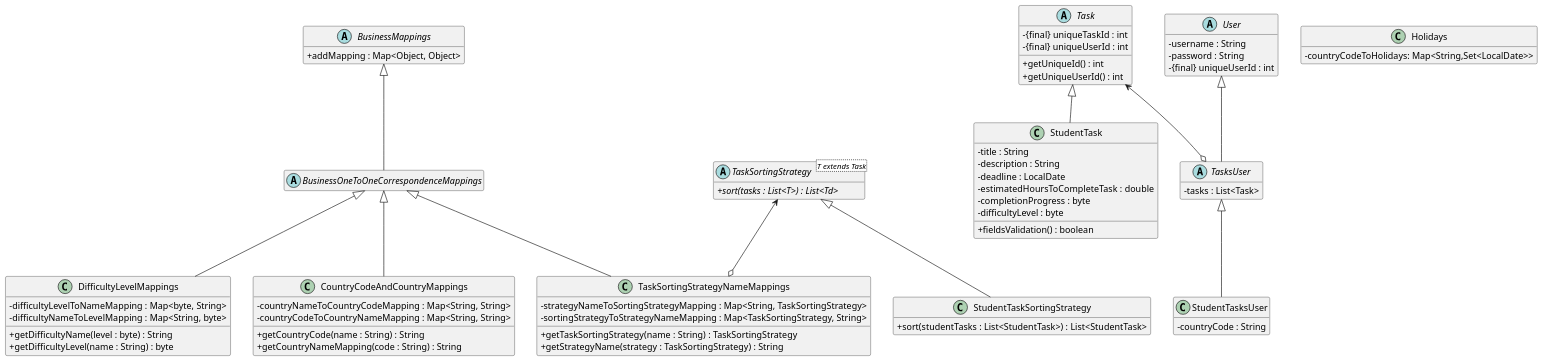
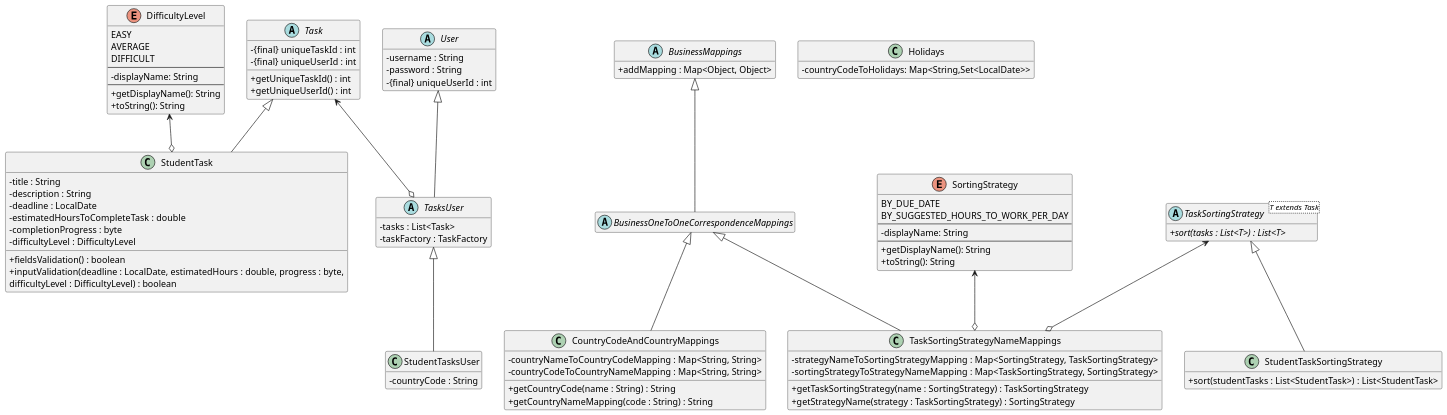
The first of 2 diagrams in Entities.puml (CSC207-2025F-UofT/team-project), drawn with PlantUML before and after one commit. The commit also changed other lines of this file and 2 other files, not shown here.

Commit message:
add enumerations and improve entities PlantUML file

```diff
--- a/Entities.puml
+++ b/Entities.puml
@@ -1,114 +1,143 @@
 @startuml
 'https://plantuml.com/class-diagram
 ' `..|>` represents Interface Realization/Implementation (dashed line with an open arrow).
 ' `--|>` represents Inheritance/Generalization (solid line with an open arrow).
 ' `o-->` represents Aggregation (a hollow diamond pointing to the owner/container). The "\*" indicates multiplicity (e.g., Drawing holds multiple Shape objects).
 skinparam dpi 120
 skinparam classAttributeIconSize 0
 hide empty members
 
 ' ========
 ' Foundational entities
 ' ========
+
+' The enumeration here must be properly ordered
+enum DifficultyLevel {
+  EASY
+  AVERAGE
+  DIFFICULT
+  --
+  -displayName: String
+  --
+  +getDisplayName(): String
+  +toString(): String
+}
+
+enum SortingStrategy {
+  BY_DUE_DATE
+  BY_SUGGESTED_HOURS_TO_WORK_PER_DAY
+  --
+  -displayName: String
+  --
+  +getDisplayName(): String
+  +toString(): String
+}
+
 abstract class BusinessMappings {
   + addMapping : Map<Object, Object>
 }
 
 ' Maps with keys and values being both one-to-one and onto
 abstract class BusinessOneToOneCorrespondenceMappings
-
-' 1 - Easy, 2 - Average, 3 - Difficult
-class DifficultyLevelMappings {
-  - difficultyLevelToNameMapping : Map<byte, String>
-  - difficultyNameToLevelMapping : Map<String, byte>
-  + getDifficultyName(level : byte) : String
-  + getDifficultyLevel(name : String) : byte
-}
 
 ' CA - Canada, US - USA, ET - Ethiopia, IN - India, FR - France, GH - Ghana
 class CountryCodeAndCountryMappings {
   - countryNameToCountryCodeMapping : Map<String, String>
   - countryCodeToCountryNameMapping : Map<String, String>
   + getCountryCode(name : String) : String
   + getCountryNameMapping(code : String) : String
 }
 
 class TaskSortingStrategyNameMappings {
- - strategyNameToSortingStrategyMapping : Map<String, TaskSortingStrategy>
- - sortingStrategyToStrategyNameMapping : Map<TaskSortingStrategy, String>
- + getTaskSortingStrategy(name : String) : TaskSortingStrategy
- + getStrategyName(strategy : TaskSortingStrategy) : String
+ - strategyNameToSortingStrategyMapping : Map<SortingStrategy, TaskSortingStrategy>
+ - sortingStrategyToStrategyNameMapping : Map<TaskSortingStrategy, SortingStrategy>
+ + getTaskSortingStrategy(name : SortingStrategy) : TaskSortingStrategy
+ + getStrategyName(strategy : TaskSortingStrategy) : SortingStrategy
 }
 
 ' The uniqueId is only unique per user
 ' The uniqueUserId reflects the user that owns the task
 abstract class Task {
   - {final} uniqueTaskId : int
   - {final} uniqueUserId : int
-  + getUniqueId() : int
+  + getUniqueTaskId() : int
   + getUniqueUserId() : int
 }
 
-' The `fieldsValidation()` method checks the following:
+' The `fieldsValidation()` method checks the following in the fields of the StudentTask object:
 ' - The estimated number of hours needed to complete the task must be positive
 ' - The completion progress must be an integer between 0 and 100. Both 0 and 100 are allowed.
 ' - The `deadline` field cannot be empty, and it could be a date that has already passed.
 ' - The `uniqueUserId` field cannot be 0 (the default initializing value)
+' - Neither the title nor the description can be null, although they can be empty string.
+' - The difficulty level cannot be null
 ' The constructor of `StudentTask` should use the method `fieldsValidation()` to double-check the validity of the
 '     object created, and throw an error if the item is not valid.
 ' The setter of `StudentTask` should use the method `fieldsValidation()` to double-check the validity of the object
 '     before and after the fields are changed, and throw an error if the item is not valid.
+' The `inputValidation()` method checks the following inputs, which may or may not be fields of the StudentTask object.
+'     This method would be used in the setter methods of the following fields, before the changes, to prevent illegal
+'     inputs from modifying these fields of the `StudentTask` object. In addition, this method can be used in the use
+'     cases to prevent user entering bad data, corrupting the `StudentTask`.
+' - The `deadline`
+' - The `estimated number of hours`
+' - The `completion progress`
+' - The `difficultyLevel`
 class StudentTask {
   - title : String
   - description : String
   - deadline : LocalDate
   - estimatedHoursToCompleteTask : double
   - completionProgress : byte
-  - difficultyLevel : byte
+  - difficultyLevel : DifficultyLevel
   + fieldsValidation() : boolean
+  + inputValidation(deadline : LocalDate, estimatedHours : double, progress : byte,
+      difficultyLevel : DifficultyLevel) : boolean
 }
 
 abstract class User {
   - username : String
   - password : String
   - {final} uniqueUserId : int
 }
 
 abstract class TasksUser {
   - tasks : List<Task>
+  - taskFactory : TaskFactory
 }
 
 class StudentTasksUser {
   - countryCode : String
 }
 
 abstract class TaskSortingStrategy<T extends Task> {
-  + {abstract} sort(tasks : List<T>) : List<Td>
+  + {abstract} sort(tasks : List<T>) : List<T>
 }
 
 class StudentTaskSortingStrategy {
   + sort(studentTasks : List<StudentTask>) : List<StudentTask>
 }
 
 ' Country code is in ISO 3166-1 alpha-2 code
 class Holidays {
   - countryCodeToHolidays: Map<String,Set<LocalDate>>
 }
 
 BusinessMappings <|-- BusinessOneToOneCorrespondenceMappings
-BusinessOneToOneCorrespondenceMappings <|-- DifficultyLevelMappings
 BusinessOneToOneCorrespondenceMappings <|-- CountryCodeAndCountryMappings
 BusinessOneToOneCorrespondenceMappings <|-- TaskSortingStrategyNameMappings
 
 Task <|-- StudentTask
 
 User <|-- TasksUser
 TasksUser <|-- StudentTasksUser
 
 Task <--o TasksUser
 
 TaskSortingStrategy <|-- StudentTaskSortingStrategy
 
 TaskSortingStrategy <--o TaskSortingStrategyNameMappings
+DifficultyLevel <--o StudentTask
+SortingStrategy <--o TaskSortingStrategyNameMappings
 
 @enduml
```
